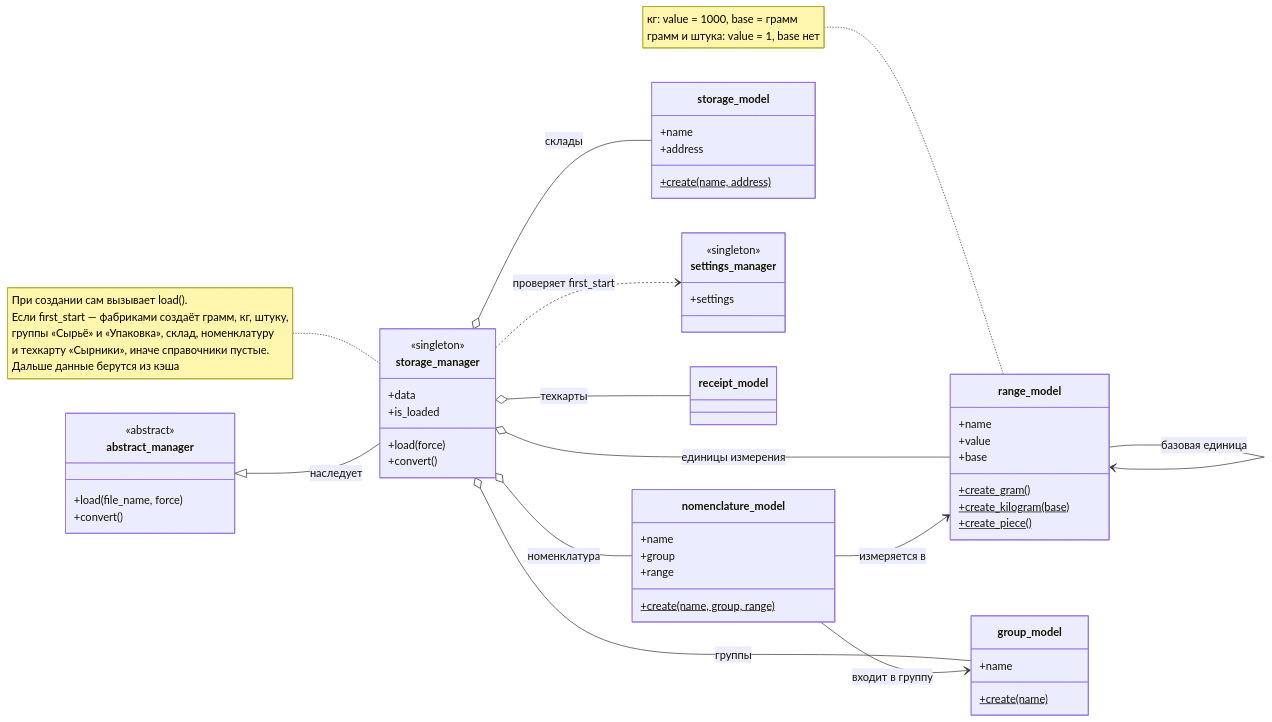
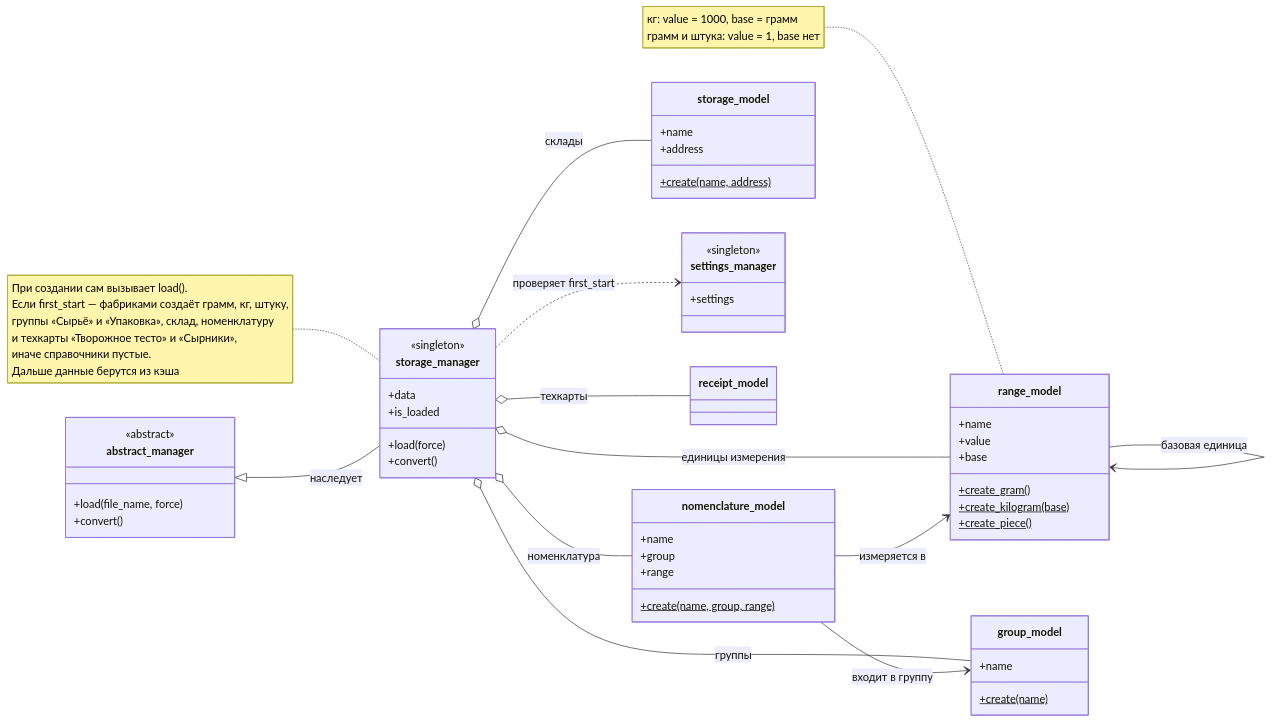
Before and after one commit to zenderio-dev/patterns_HW: the second of 3 diagrams in Docs/Uml.md, drawn with Mermaid. The commit also changed other lines of this file and 7 other files, not shown here.

````diff
--- a/Docs/Uml.md
+++ b/Docs/Uml.md
@@ -56,64 +56,64 @@
 ```mermaid
 classDiagram
     direction LR
 
     class abstract_manager {
         <<abstract>>
         +load(file_name, force)
         +convert()
     }
 
     class storage_manager {
         <<singleton>>
         +load(force)
         +convert()
         +data
         +is_loaded
     }
 
     class range_model {
         +name
         +value
         +base
         +create_gram()$
         +create_kilogram(base)$
         +create_piece()$
     }
 
     class group_model {
         +name
         +create(name)$
     }
 
     class nomenclature_model {
         +name
         +group
         +range
         +create(name, group, range)$
     }
 
     class storage_model {
         +name
         +address
         +create(name, address)$
     }
 
     class settings_manager {
         <<singleton>>
         +settings
     }
 
     abstract_manager <|-- storage_manager : наследует
     storage_manager ..> settings_manager : проверяет first_start
     storage_manager o-- range_model : единицы измерения
     storage_manager o-- group_model : группы
     storage_manager o-- nomenclature_model : номенклатура
     storage_manager o-- storage_model : склады
     storage_manager o-- receipt_model : техкарты
     nomenclature_model --> group_model : входит в группу
     nomenclature_model --> range_model : измеряется в
     range_model --> range_model : базовая единица
 
-    note for storage_manager "При создании сам вызывает load().<br>Если first_start — фабриками создаёт грамм, кг, штуку,<br>группы «Сырьё» и «Упаковка», склад, номенклатуру<br>и техкарту «Сырники», иначе справочники пустые.<br>Дальше данные берутся из кэша"
+    note for storage_manager "При создании сам вызывает load().<br>Если first_start — фабриками создаёт грамм, кг, штуку,<br>группы «Сырьё» и «Упаковка», склад, номенклатуру<br>и техкарты «Творожное тесто» и «Сырники»,<br>иначе справочники пустые.<br>Дальше данные берутся из кэша"
     note for range_model "кг: value = 1000, base = грамм<br>грамм и штука: value = 1, base нет"
 ```
````
